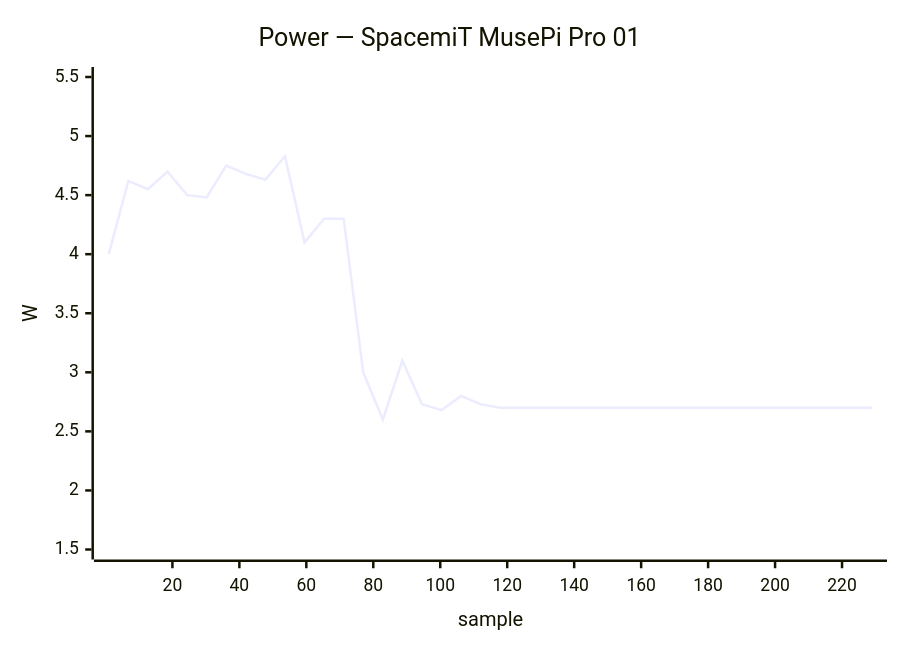
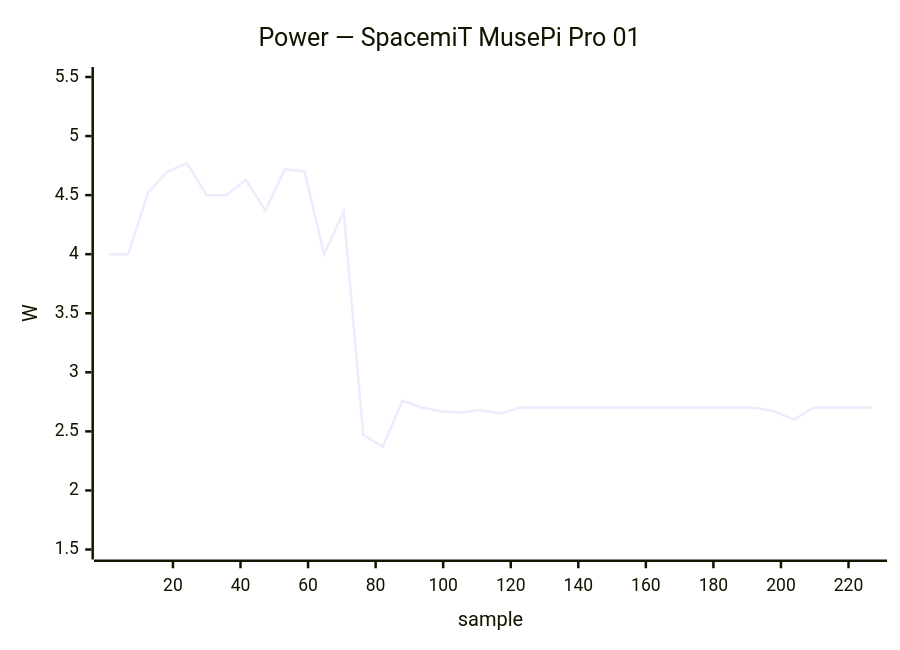
Before and after one commit to armbian/documentation: the fifth of 33 diagrams in docs/status/board-tests.md, drawn with Mermaid. The commit also changed other lines of this file, not shown here.

````diff
--- a/docs/status/board-tests.md
+++ b/docs/status/board-tests.md
@@ -228,7 +228,7 @@
 ```mermaid
 xychart-beta
     title "Power — SpacemiT MusePi Pro 01"
-    x-axis "sample" 1 --> 229
+    x-axis "sample" 1 --> 227
     y-axis "W" 1.5 --> 5.5
-    line [4.00, 4.62, 4.55, 4.70, 4.50, 4.48, 4.75, 4.68, 4.63, 4.83, 4.10, 4.30, 4.30, 3.00, 2.60, 3.10, 2.73, 2.68, 2.80, 2.73, 2.70, 2.70, 2.70, 2.70, 2.70, 2.70, 2.70, 2.70, 2.70, 2.70, 2.70, 2.70, 2.70, 2.70, 2.70, 2.70, 2.70, 2.70, 2.70, 2.70]
+    line [4.00, 4.00, 4.52, 4.70, 4.77, 4.50, 4.50, 4.63, 4.37, 4.72, 4.70, 4.00, 4.36, 2.47, 2.37, 2.76, 2.70, 2.67, 2.66, 2.68, 2.65, 2.70, 2.70, 2.70, 2.70, 2.70, 2.70, 2.70, 2.70, 2.70, 2.70, 2.70, 2.70, 2.70, 2.67, 2.60, 2.70, 2.70, 2.70, 2.70]
 ```
````
